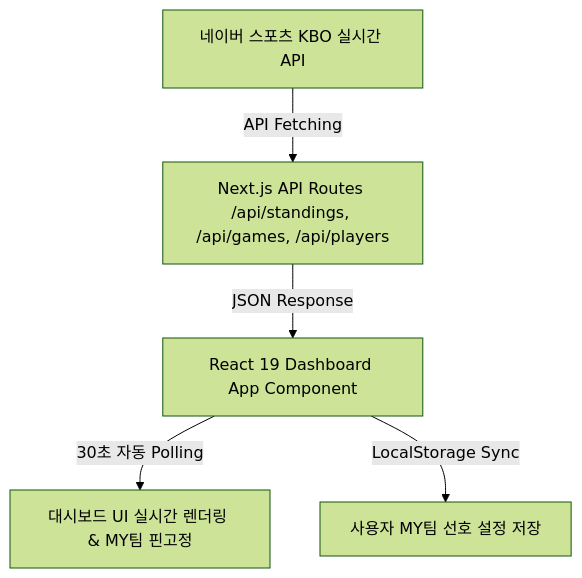
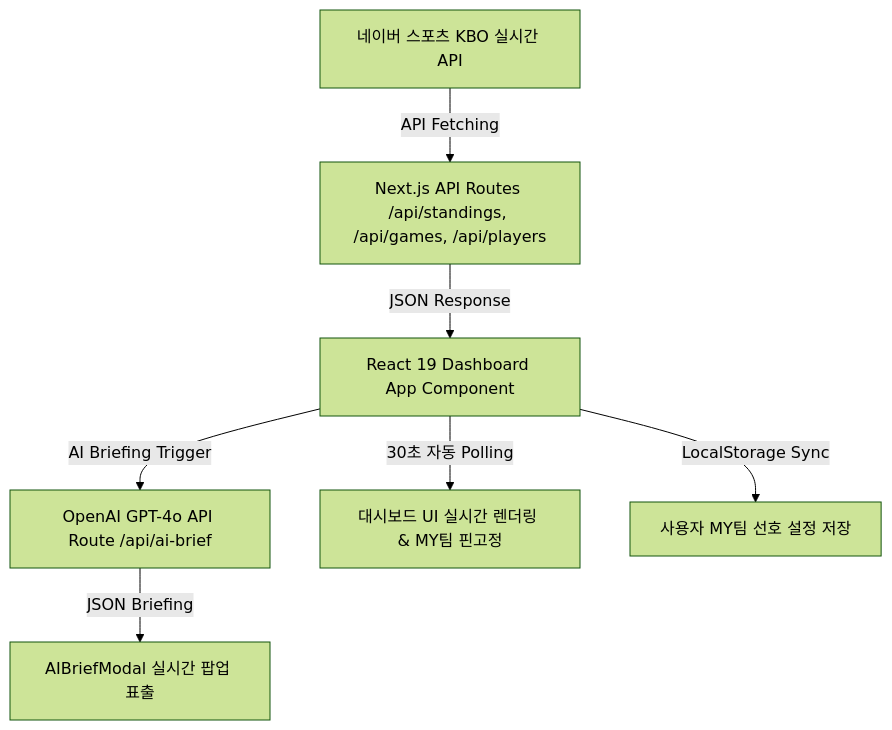
Before and after one commit to Jeon-byeong-yoon/kbo-ai-brief: the diagram in README.md, drawn with Mermaid (forest theme). The commit also changed other lines of this file and 6 other files, not shown here.

Commit message:
feat: OpenAI GPT-4o 실시간 AI 야구 분석 엔진 연동 (/api/ai-brief)

````diff
--- a/README.md
+++ b/README.md
@@ -47,7 +47,9 @@
 ```mermaid
 graph TD
     A[네이버 스포츠 KBO 실시간 API] -->|API Fetching| B[Next.js API Routes /api/standings, /api/games, /api/players]
     B -->|JSON Response| C[React 19 Dashboard App Component]
+    C -->|AI Briefing Trigger| F[OpenAI GPT-4o API Route /api/ai-brief]
+    F -->|JSON Briefing| G[AIBriefModal 실시간 팝업 표출]
     C -->|30초 자동 Polling| D[대시보드 UI 실시간 렌더링 & MY팀 핀고정]
     C -->|LocalStorage Sync| E[사용자 MY팀 선호 설정 저장]
 ```
````
